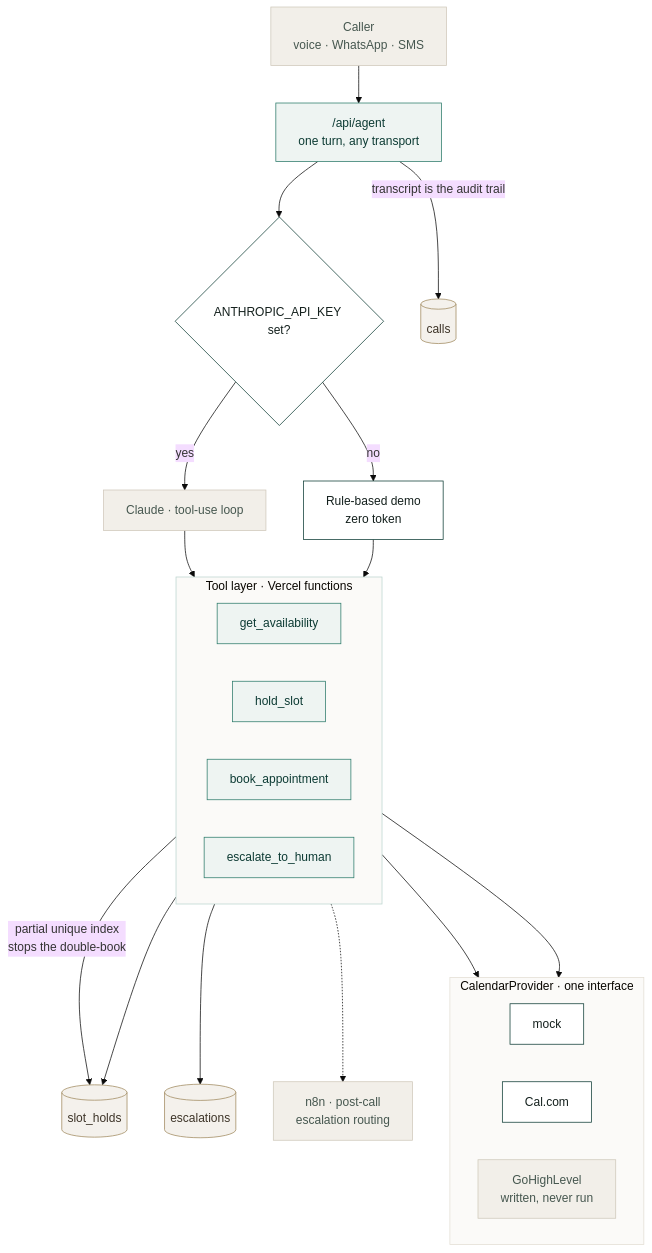
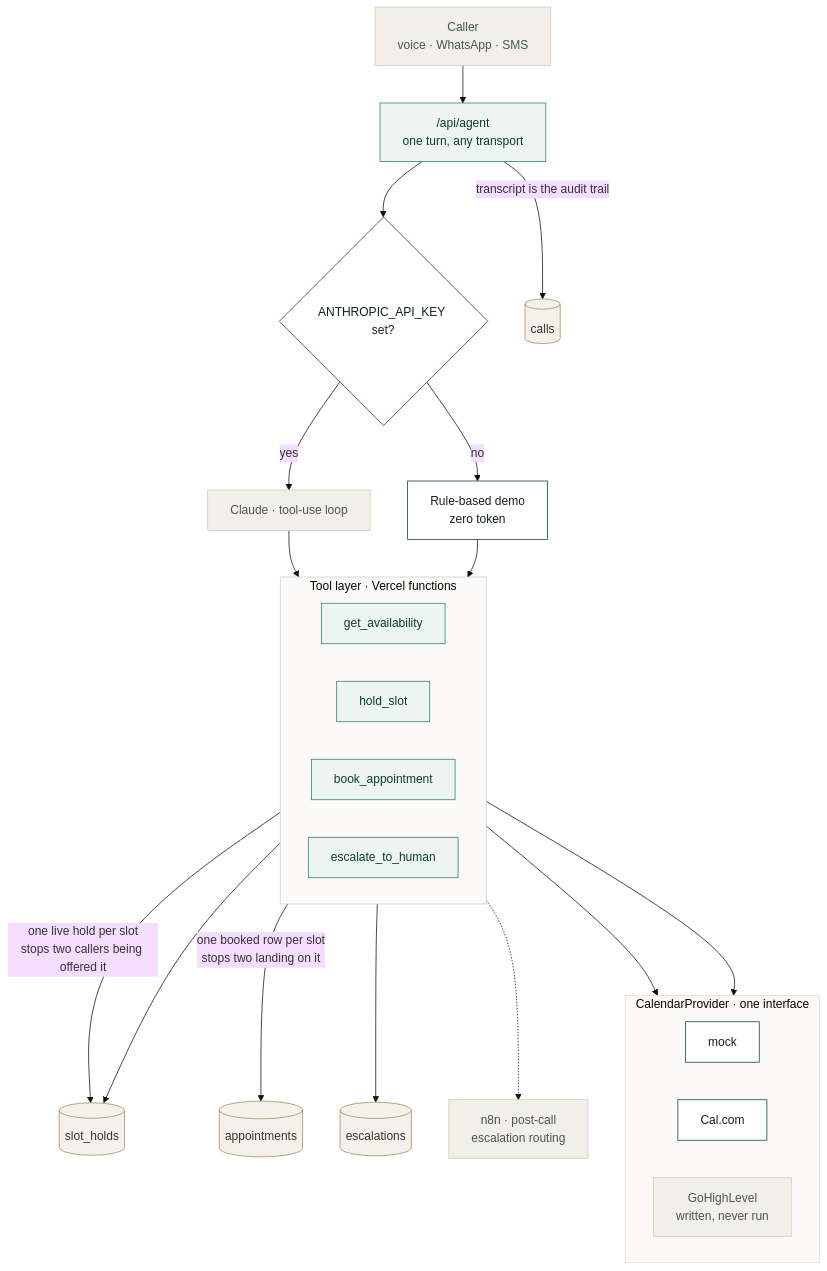
Before and after one commit to maqbuuul/frontdesk: the diagram in README.md, drawn with Mermaid (base theme). The commit also changed other lines of this file and 4 other files, not shown here.

First line of the commit message:
Stop the same slot being booked twice

````diff
--- a/README.md
+++ b/README.md
@@ -30,49 +35,51 @@
 ```mermaid
 flowchart TB
     CALL["Caller<br/>voice · WhatsApp · SMS"]:::ext
     AGENT["/api/agent<br/>one turn, any transport"]:::fn
     BRAIN{"ANTHROPIC_API_KEY set?"}
     CLAUDE["Claude · tool-use loop"]:::ext
     DEMO["Rule-based demo<br/>zero token"]
 
     subgraph tools["Tool layer · Vercel functions"]
         direction LR
         T1["get_availability"]:::fn
         T2["hold_slot"]:::fn
         T3["book_appointment"]:::fn
         T4["escalate_to_human"]:::fn
     end
 
     subgraph cal["CalendarProvider · one interface"]
         direction LR
         MOCK["mock"]
         CALCOM["Cal.com"]
         GHLP["GoHighLevel<br/>written, never run"]:::ext
     end
 
     HOLDS[("slot_holds")]:::store
+    APPTS[("appointments")]:::store
     ESC[("escalations")]:::store
     CALLS[("calls")]:::store
     N8N["n8n · post-call<br/>escalation routing"]:::ext
 
     CALL --> AGENT
     AGENT --> BRAIN
     BRAIN -- "yes" --> CLAUDE
     BRAIN -- "no" --> DEMO
     CLAUDE --> tools
     DEMO --> tools
     T1 --> cal
     T3 --> cal
-    T2 -- "partial unique index<br/>stops the double-book" --> HOLDS
+    T2 -- "one live hold per slot<br/>stops two callers being offered it" --> HOLDS
+    T3 -- "one booked row per slot<br/>stops two landing on it" --> APPTS
     T3 --> HOLDS
     T4 --> ESC
     T4 -.-> N8N
     AGENT -- "transcript is the audit trail" --> CALLS
 
     classDef ext fill:#f2efe9,stroke:#cfc8ba,color:#46574f
     classDef fn fill:#eef4f2,stroke:#2b7a6a,color:#0d3b34
     classDef store fill:#f4f1ec,stroke:#a08a5e,color:#3d3428
     classDef default fill:#ffffff,stroke:#0d3b34,color:#14201d
     style tools fill:#fbfaf8,stroke:#bcd5cf
     style cal fill:#fbfaf8,stroke:#e3ded4
 ```
````
